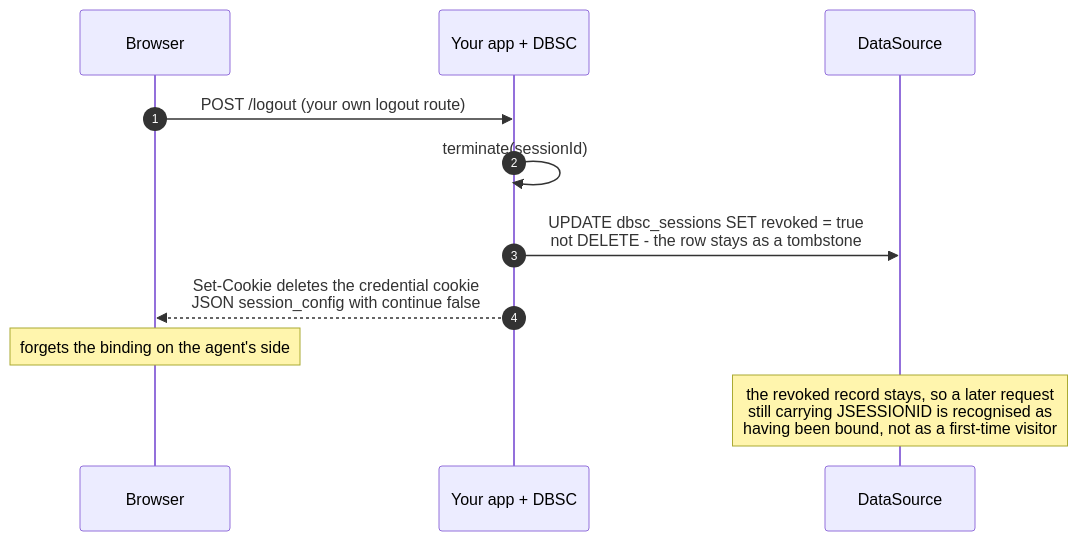
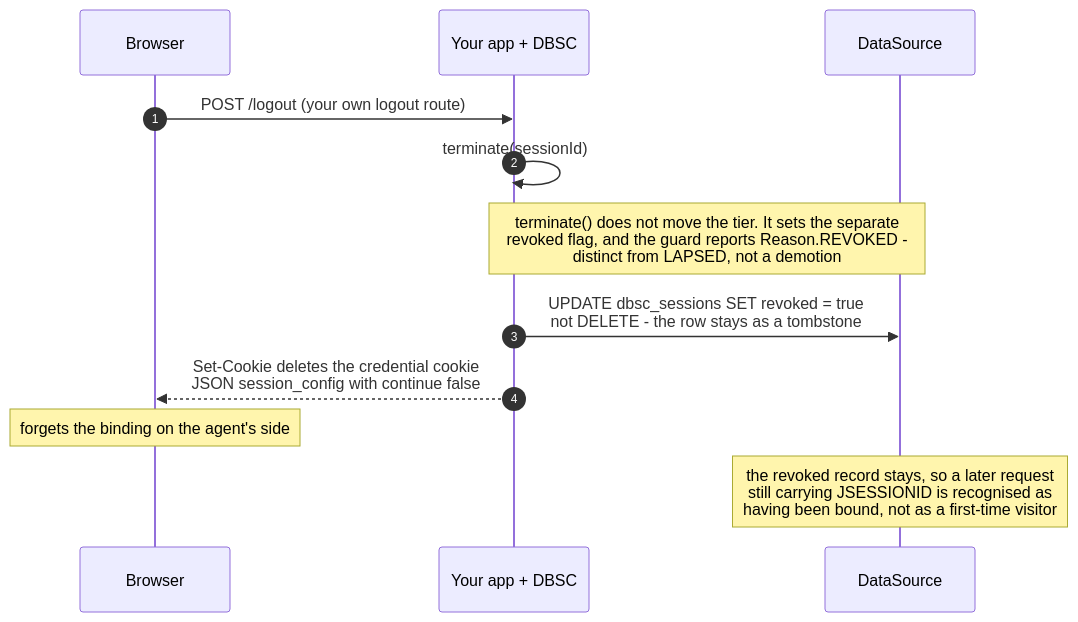
Before and after one commit to yuukioosaka/spring-dbsc: the seventh of 12 diagrams in README.md, drawn with Mermaid. The commit also changed other lines of this file, not shown here.

First line of the commit message:
README: mark the tier transitions in the Phase 1, 3 and 4 diagrams

````diff
--- a/README.md
+++ b/README.md
@@ -686,14 +689,15 @@
 ```mermaid
 sequenceDiagram
     autonumber
     participant B as Browser
     participant S as Your app + DBSC
     participant D as DataSource
 
     B->>S: POST /logout  (your own logout route)
     S->>S: terminate(sessionId)
+    Note over S,D: terminate() does not move the tier. It sets the separate<br/>revoked flag, and the guard reports Reason.REVOKED -<br/>distinct from LAPSED, not a demotion
     S->>D: UPDATE dbsc_sessions SET revoked = true<br/>not DELETE - the row stays as a tombstone
     S-->>B: Set-Cookie deletes the credential cookie<br/>JSON session_config with continue false
     Note over B: forgets the binding on the agent's side
     Note over D: the revoked record stays, so a later request<br/>still carrying JSESSIONID is recognised as<br/>having been bound, not as a first-time visitor
 ```
````
